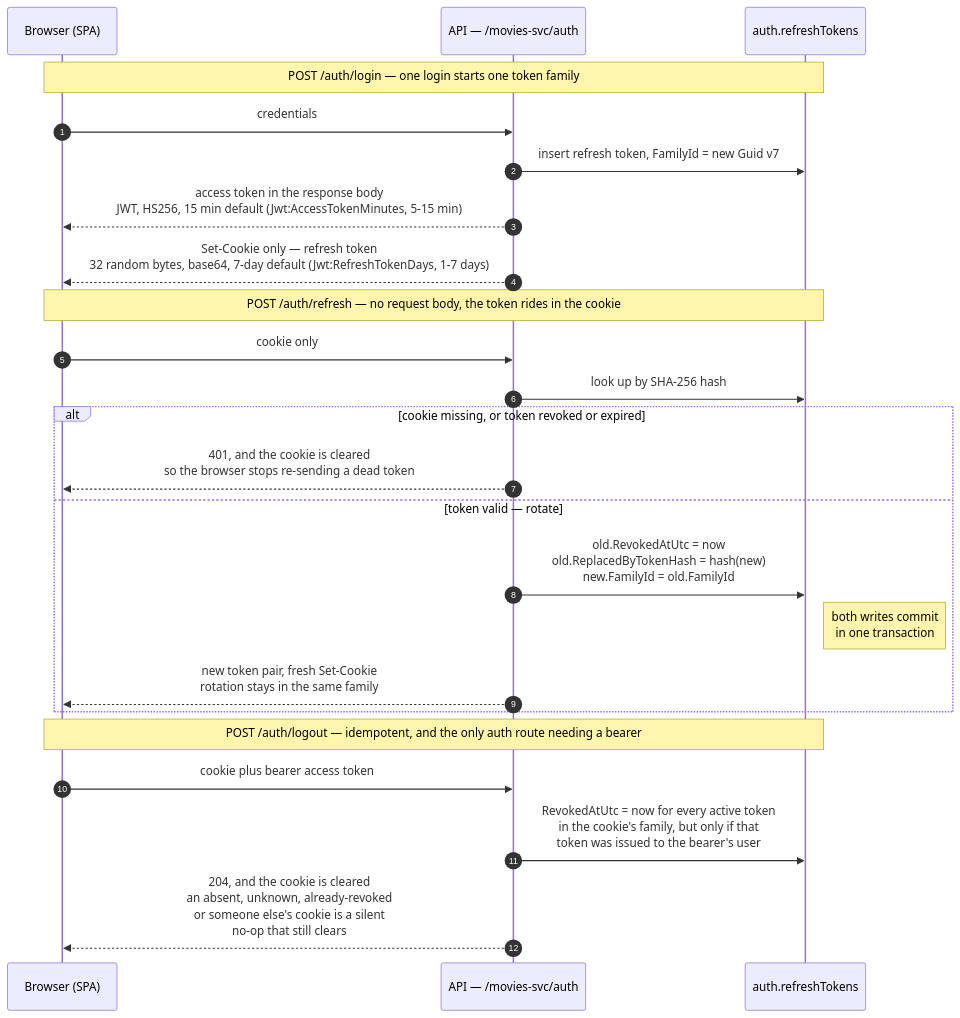
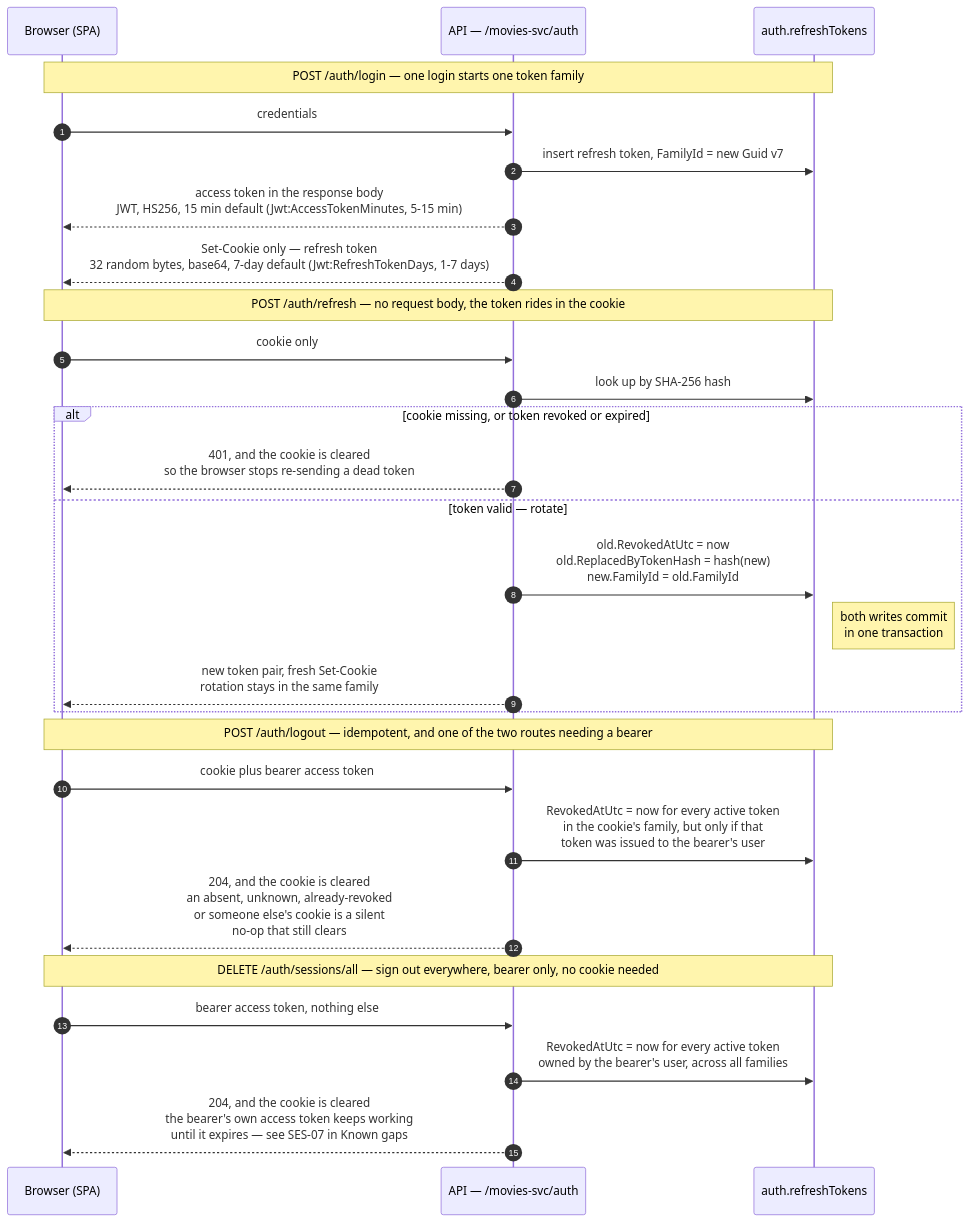
The diagram in docs/auth-security-model.md (felipedferreira/Cinedex), drawn with Mermaid before and after one commit. The commit also changed other lines of this file and 17 other files, not shown here.

Commit message:
feat(auth): add sign-out-everywhere endpoint (#72)

````diff
--- a/docs/auth-security-model.md
+++ b/docs/auth-security-model.md
@@ -54,33 +72,39 @@
 ```mermaid
 sequenceDiagram
     autonumber
     participant B as Browser (SPA)
     participant API as API — /movies-svc/auth
     participant DB as auth.refreshTokens
 
     Note over B,DB: POST /auth/login — one login starts one token family
 
     B->>API: credentials
     API->>DB: insert refresh token, FamilyId = new Guid v7
     API-->>B: access token in the response body<br/>JWT, HS256, 15 min default (Jwt:AccessTokenMinutes, 5-15 min)
     API-->>B: Set-Cookie only — refresh token<br/>32 random bytes, base64, 7-day default (Jwt:RefreshTokenDays, 1-7 days)
 
     Note over B,DB: POST /auth/refresh — no request body, the token rides in the cookie
 
     B->>API: cookie only
     API->>DB: look up by SHA-256 hash
 
     alt cookie missing, or token revoked or expired
         API-->>B: 401, and the cookie is cleared<br/>so the browser stops re-sending a dead token
     else token valid — rotate
         API->>DB: old.RevokedAtUtc = now<br/>old.ReplacedByTokenHash = hash(new)<br/>new.FamilyId = old.FamilyId
         Note right of DB: both writes commit<br/>in one transaction
         API-->>B: new token pair, fresh Set-Cookie<br/>rotation stays in the same family
     end
 
-    Note over B,DB: POST /auth/logout — idempotent, and the only auth route needing a bearer
+    Note over B,DB: POST /auth/logout — idempotent, and one of the two routes needing a bearer
 
     B->>API: cookie plus bearer access token
     API->>DB: RevokedAtUtc = now for every active token<br/>in the cookie's family, but only if that<br/>token was issued to the bearer's user
     API-->>B: 204, and the cookie is cleared<br/>an absent, unknown, already-revoked<br/>or someone else's cookie is a silent<br/>no-op that still clears
+
+    Note over B,DB: DELETE /auth/sessions/all — sign out everywhere, bearer only, no cookie needed
+
+    B->>API: bearer access token, nothing else
+    API->>DB: RevokedAtUtc = now for every active token<br/>owned by the bearer's user, across all families
+    API-->>B: 204, and the cookie is cleared<br/>the bearer's own access token keeps working<br/>until it expires — see SES-07 in Known gaps
 ```
````
